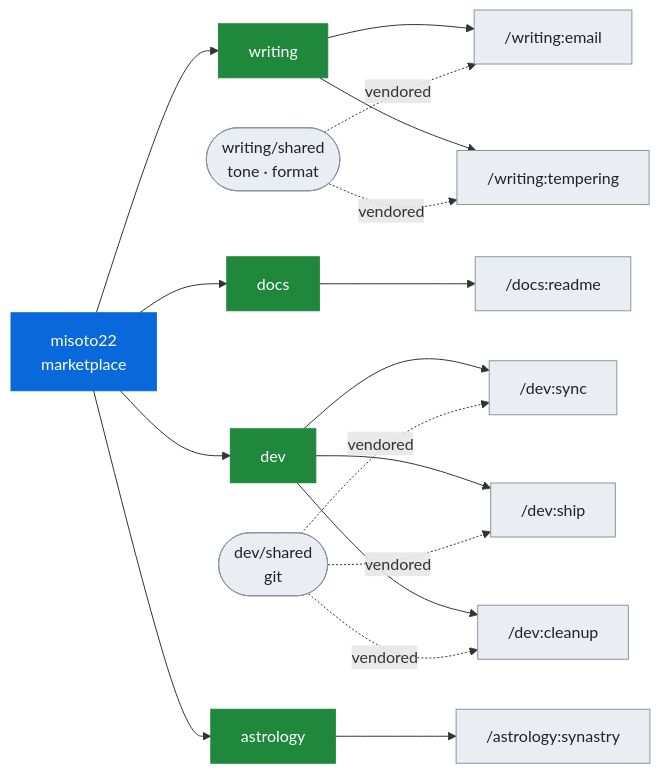
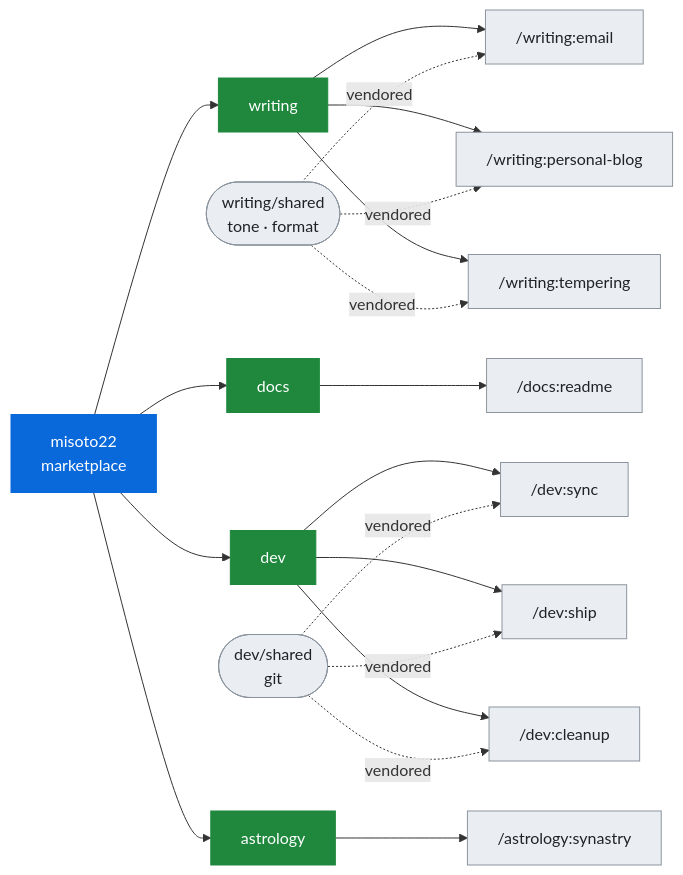
The diagram in README.md (Misoto22/skills), drawn with Mermaid before and after one commit. The commit also changed other lines of this file and 26 other files, not shown here.

First line of the commit message:
Add personal blog writing skill (#35)

````diff
--- a/README.md
+++ b/README.md
@@ -197,17 +198,17 @@
 ```mermaid
 flowchart LR
   M["misoto22<br/>marketplace"] --> W["writing"] & D["docs"] & V["dev"] & A["astrology"]
-  W --> E["/writing:email"] & T["/writing:tempering"]
+  W --> E["/writing:email"] & PB["/writing:personal-blog"] & T["/writing:tempering"]
   D --> R["/docs:readme"]
   V --> SY["/dev:sync"] & SH["/dev:ship"] & CL["/dev:cleanup"]
   A --> SN["/astrology:synastry"]
-  SW(["writing/shared<br/>tone · format"]) -.vendored.-> E & T
+  SW(["writing/shared<br/>tone · format"]) -.vendored.-> E & PB & T
   SV(["dev/shared<br/>git"]) -.vendored.-> SY & SH & CL
 
   classDef m fill:#0969da,stroke:#0969da,color:#fff
   classDef p fill:#1f883d,stroke:#1f883d,color:#fff
   classDef s fill:#eaeef2,stroke:#8c959f,color:#1f2328
   class M m
   class W,D,V,A p
-  class E,T,R,SY,SH,CL,SN,SW,SV s
+  class E,PB,T,R,SY,SH,CL,SN,SW,SV s
 ```
````
